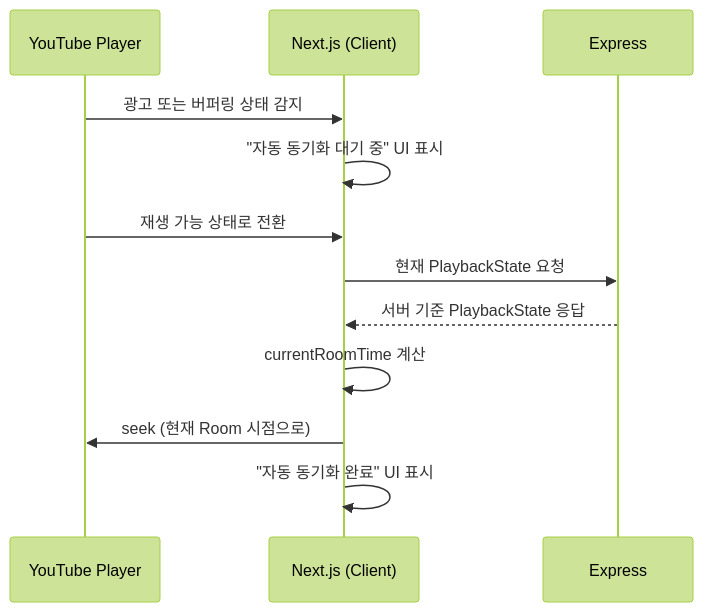
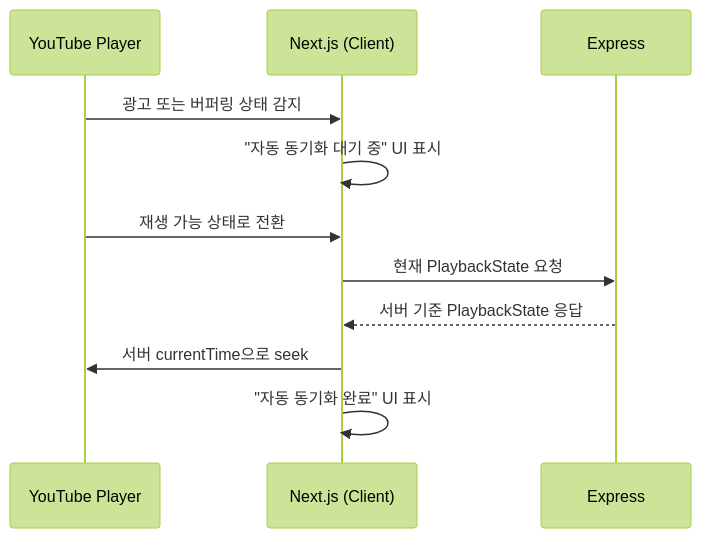
The seventh of 11 diagrams in docs/02-system-architecture.md (TechUP-SYFITY/SYFITY), drawn with Mermaid (forest theme) before and after one commit. The commit also changed other lines of this file and 11 other files, not shown here.

````diff
--- a/docs/02-system-architecture.md
+++ b/docs/02-system-architecture.md
@@ -442,15 +484,14 @@
 ```mermaid
 sequenceDiagram
     participant Player as YouTube Player
     participant FE as Next.js (Client)
     participant BE as Express
 
     Player->>FE: 광고 또는 버퍼링 상태 감지
     FE->>FE: "자동 동기화 대기 중" UI 표시
     Player->>FE: 재생 가능 상태로 전환
     FE->>BE: 현재 PlaybackState 요청
     BE-->>FE: 서버 기준 PlaybackState 응답
-    FE->>FE: currentRoomTime 계산
-    FE->>Player: seek (현재 Room 시점으로)
+    FE->>Player: 서버 currentTime으로 seek
     FE->>FE: "자동 동기화 완료" UI 표시
 ```
````
